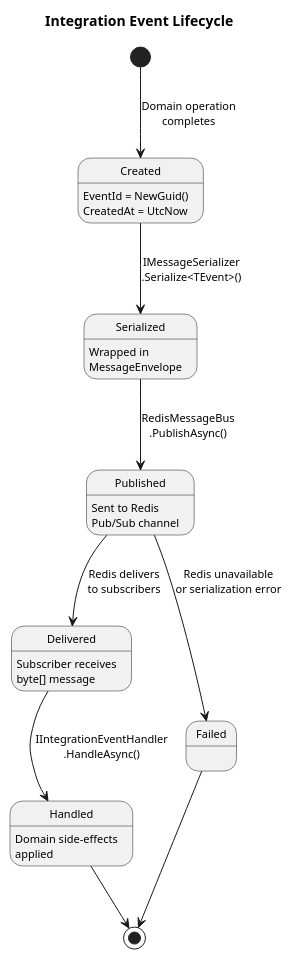
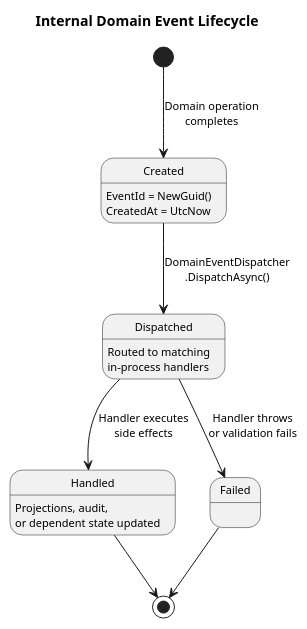
Before and after one commit to QuinntyneBrown/Coop: the diagram in docs/detailed-designs/12-modular-monolith-architecture/state-event-lifecycle.puml, drawn with PlantUML. The commit also changed 3 other files, not shown here.

Commit message:
Update modular monolith architecture PlantUML diagrams

```diff
--- a/docs/detailed-designs/12-modular-monolith-architecture/state-event-lifecycle.puml
+++ b/docs/detailed-designs/12-modular-monolith-architecture/state-event-lifecycle.puml
@@ -1,35 +1,27 @@
 @startuml state-event-lifecycle
 
 skinparam defaultFontSize 11
 skinparam shadowing false
 skinparam pageMargin 10
 
-title Integration Event Lifecycle
+title Internal Domain Event Lifecycle
 
 [*] --> Created : Domain operation\ncompletes
 
 Created : EventId = NewGuid()
 Created : CreatedAt = UtcNow
 
-Created --> Serialized : IMessageSerializer\n.Serialize<TEvent>()
+Created --> Dispatched : DomainEventDispatcher\n.DispatchAsync()
 
-Serialized : Wrapped in\nMessageEnvelope
+Dispatched : Routed to matching\nin-process handlers
 
-Serialized --> Published : RedisMessageBus\n.PublishAsync()
+Dispatched --> Handled : Handler executes\nside effects
 
-Published : Sent to Redis\nPub/Sub channel
-
-Published --> Delivered : Redis delivers\nto subscribers
-
-Delivered : Subscriber receives\nbyte[] message
-
-Delivered --> Handled : IIntegrationEventHandler\n.HandleAsync()
-
-Handled : Domain side-effects\napplied
+Handled : Projections, audit,\nor dependent state updated
 
 Handled --> [*]
 
-Published --> Failed : Redis unavailable\nor serialization error
+Dispatched --> Failed : Handler throws\nor validation fails
 Failed --> [*]
 
 @enduml
```
